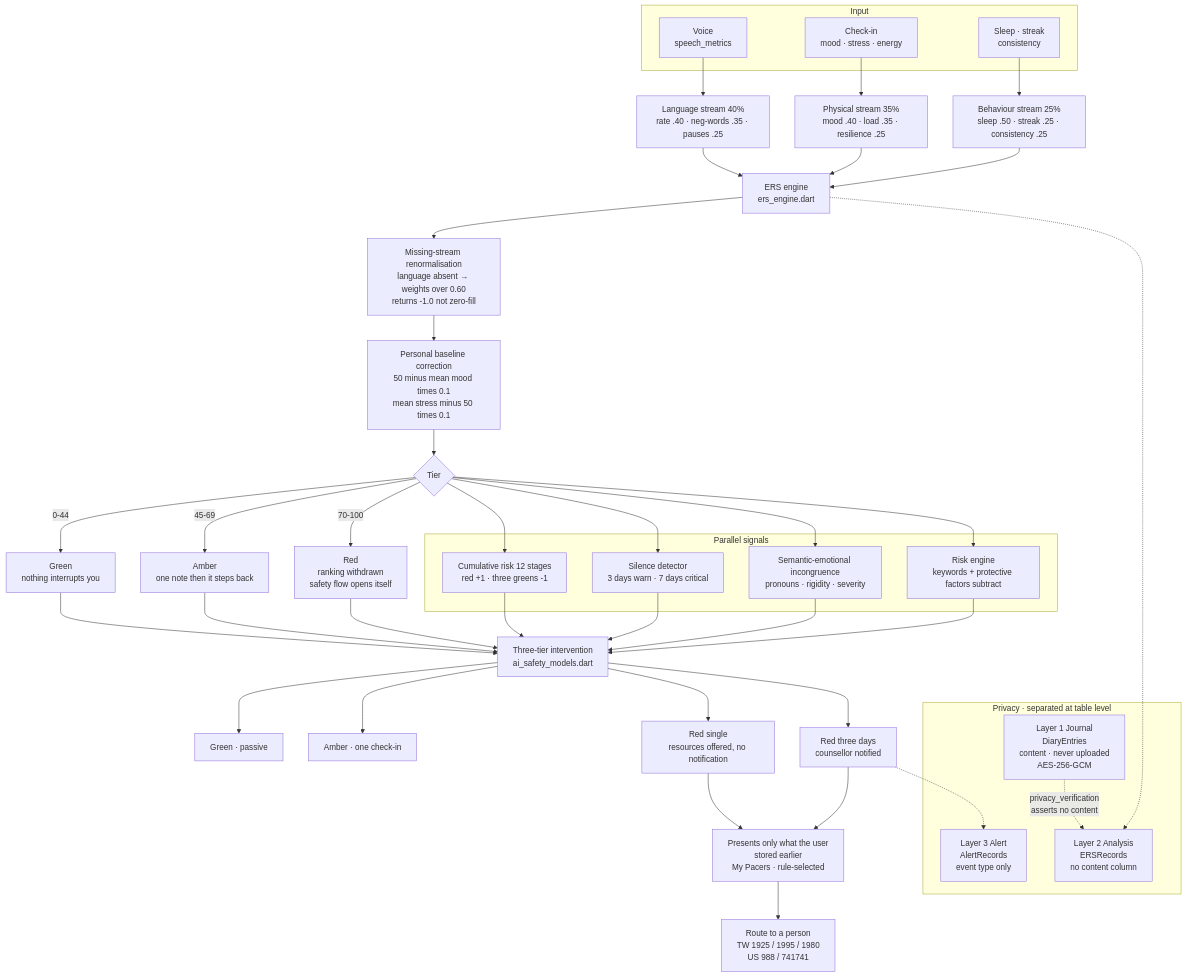
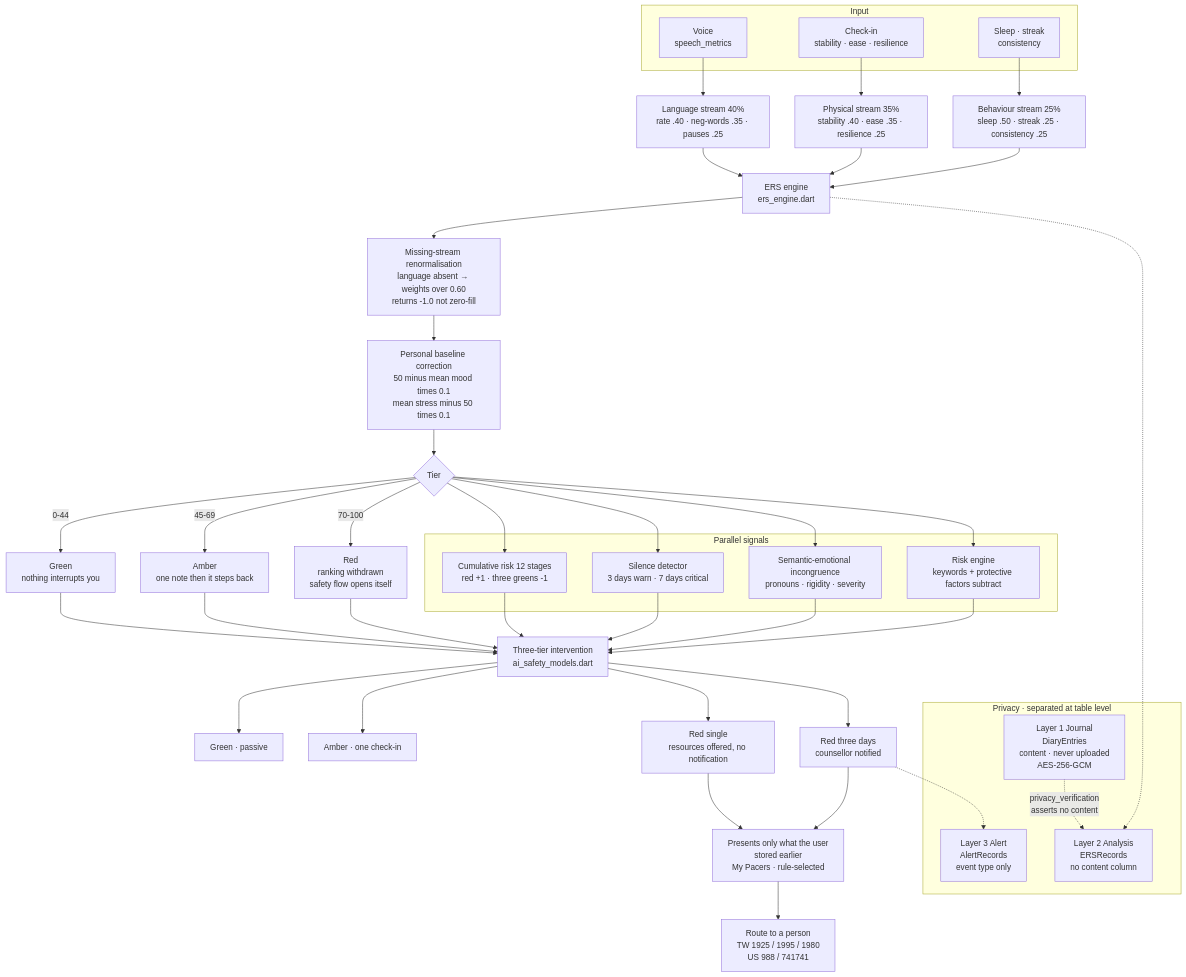
Before and after one commit to acacapcs-star/PsyGuard-AI: the diagram in README.md, drawn with Mermaid. The commit also changed other lines of this file and 1 other file, not shown here.

Commit message:
docs: 修正三支滑桿名稱為 UI 正式名稱（情緒穩定度／輕鬆度／韌性值）

````diff
--- a/README.md
+++ b/README.md
@@ -64,63 +64,63 @@
 ```mermaid
 flowchart TD
     subgraph IN["Input"]
         V["Voice<br/>speech_metrics"]
-        C["Check-in<br/>mood · stress · energy"]
+        C["Check-in<br/>stability · ease · resilience"]
         S["Sleep · streak<br/>consistency"]
     end
 
     V --> L["Language stream 40%<br/>rate .40 · neg-words .35 · pauses .25"]
-    C --> P["Physical stream 35%<br/>mood .40 · load .35 · resilience .25"]
+    C --> P["Physical stream 35%<br/>stability .40 · ease .35 · resilience .25"]
     S --> B["Behaviour stream 25%<br/>sleep .50 · streak .25 · consistency .25"]
 
     L --> E["ERS engine<br/>ers_engine.dart"]
     P --> E
     B --> E
 
     E --> R["Missing-stream renormalisation<br/>language absent → weights over 0.60<br/>returns -1.0 not zero-fill"]
     R --> BL["Personal baseline correction<br/>50 minus mean mood times 0.1<br/>mean stress minus 50 times 0.1"]
     BL --> T{"Tier"}
 
     T -->|"0-44"| G["Green<br/>nothing interrupts you"]
     T -->|"45-69"| A["Amber<br/>one note then it steps back"]
     T -->|"70-100"| RED["Red<br/>ranking withdrawn<br/>safety flow opens itself"]
 
     subgraph SIG["Parallel signals"]
         CU["Cumulative risk 12 stages<br/>red +1 · three greens -1"]
         SI["Silence detector<br/>3 days warn · 7 days critical"]
         IC["Semantic-emotional incongruence<br/>pronouns · rigidity · severity"]
         RE["Risk engine<br/>keywords + protective factors subtract"]
     end
 
     T --> CU
     T --> SI
     T --> IC
     T --> RE
 
     CU --> AI["Three-tier intervention<br/>ai_safety_models.dart"]
     SI --> AI
     IC --> AI
     RE --> AI
     G --> AI
     A --> AI
     RED --> AI
 
     AI --> O1["Green · passive"]
     AI --> O2["Amber · one check-in"]
     AI --> O3["Red single<br/>resources offered, no notification"]
     AI --> O4["Red three days<br/>counsellor notified"]
 
     O3 --> ST["Presents only what the user<br/>stored earlier<br/>My Pacers · rule-selected"]
     O4 --> ST
     ST --> HU["Route to a person<br/>TW 1925 / 1995 / 1980<br/>US 988 / 741741"]
 
     subgraph PRIV["Privacy · separated at table level"]
         D1["Layer 1 Journal<br/>DiaryEntries<br/>content · never uploaded<br/>AES-256-GCM"]
         D2["Layer 2 Analysis<br/>ERSRecords<br/>no content column"]
         D3["Layer 3 Alert<br/>AlertRecords<br/>event type only"]
     end
 
     E -.-> D2
     O4 -.-> D3
     D1 -.->|"privacy_verification<br/>asserts no content"| D2
 ```
````
